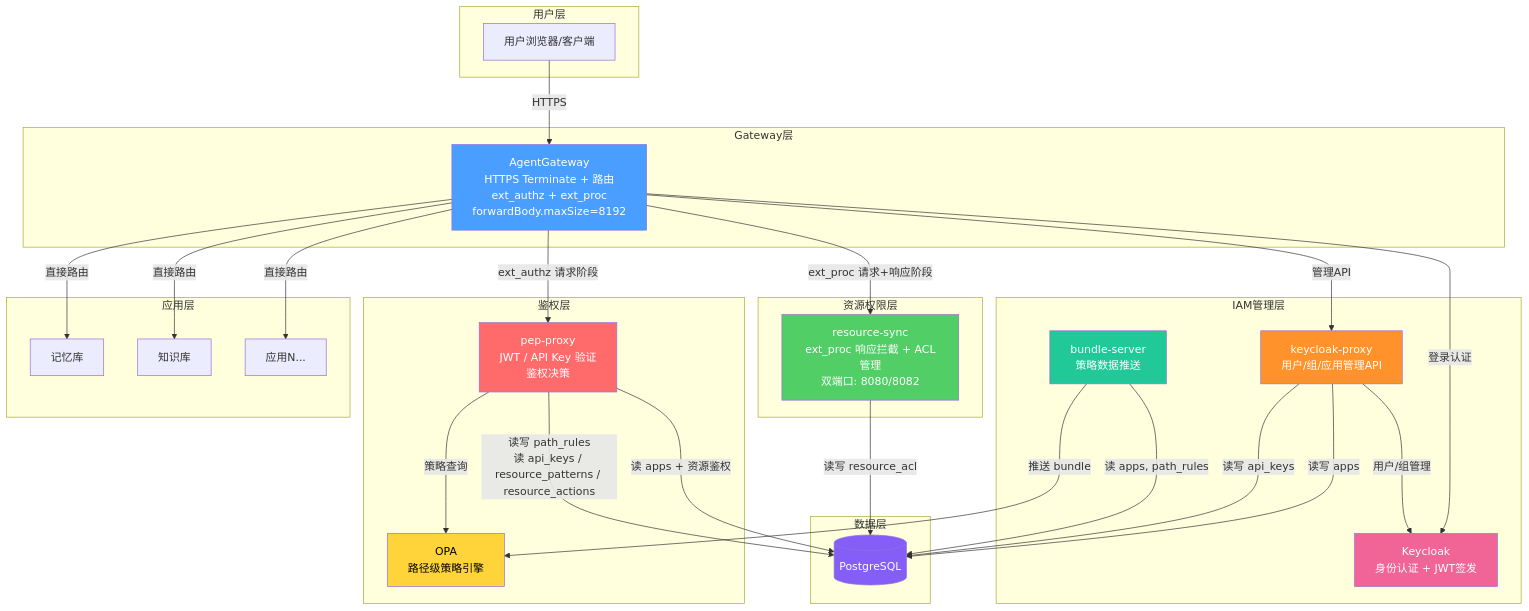
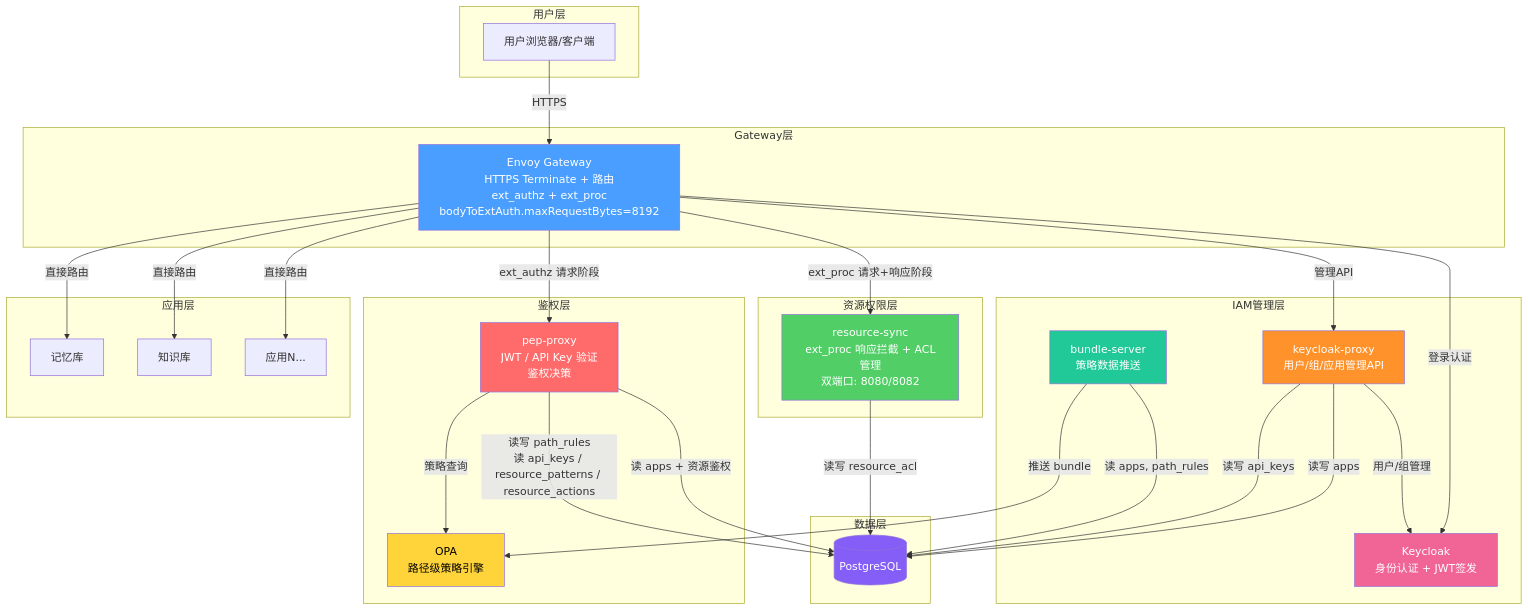
One commit to xiewanchao/aidp-iam changed the first of 12 diagrams in diagrams/component-responsibility.md. Above: the diagram before and after it, drawn with Mermaid. The commit also changed other lines of this file and 47 other files, not shown here.

First line of the commit message:
feat: migrate gateway from AgentGateway to Envoy Gateway v1.7.0

````diff
--- a/diagrams/component-responsibility.md
+++ b/diagrams/component-responsibility.md
@@ -17,62 +17,62 @@
 ```mermaid
 flowchart TB
     subgraph 用户层
         USER[用户浏览器/客户端]
     end
 
     subgraph Gateway层
-        GW[AgentGateway<br/>HTTPS Terminate + 路由<br/>ext_authz + ext_proc<br/>forwardBody.maxSize=8192]
+        GW[Envoy Gateway<br/>HTTPS Terminate + 路由<br/>ext_authz + ext_proc<br/>bodyToExtAuth.maxRequestBytes=8192]
     end
 
     subgraph 鉴权层
         PEP[pep-proxy<br/>JWT / API Key 验证<br/>鉴权决策]
         OPA[OPA<br/>路径级策略引擎]
     end
 
     subgraph 资源权限层
         RS[resource-sync<br/>ext_proc 响应拦截 + ACL管理<br/>双端口: 8080/8082]
     end
 
     subgraph IAM管理层
         KP[keycloak-proxy<br/>用户/组/应用管理API]
         KC[Keycloak<br/>身份认证 + JWT签发]
         BS[bundle-server<br/>策略数据推送]
     end
 
     subgraph 应用层
         APP1[记忆库]
         APP2[知识库]
         APP3[应用N...]
     end
 
     subgraph 数据层
         PG[(PostgreSQL)]
     end
 
     USER -->|HTTPS| GW
     GW -->|ext_authz 请求阶段| PEP
     GW -->|ext_proc 请求+响应阶段| RS
     PEP -->|策略查询| OPA
     PEP -->|读 apps + 资源鉴权| PG
     GW -->|直接路由| APP1
     GW -->|直接路由| APP2
     GW -->|直接路由| APP3
     GW -->|管理API| KP
     GW -->|登录认证| KC
     RS -->|读写 resource_acl| PG
     KP -->|用户/组管理| KC
     KP -->|读写 apps| PG
     PEP -->|读写 path_rules<br/>读 api_keys / resource_patterns / resource_actions| PG
     KP -->|读写 api_keys| PG
     BS -->|读 apps, path_rules| PG
     BS -->|推送 bundle| OPA
 
     style GW fill:#4a9eff,color:#fff
     style PEP fill:#ff6b6b,color:#fff
     style OPA fill:#ffd43b,color:#000
     style RS fill:#51cf66,color:#fff
     style KP fill:#ff922b,color:#fff
     style KC fill:#f06595,color:#fff
     style BS fill:#20c997,color:#fff
     style PG fill:#845ef7,color:#fff
 ```
````
